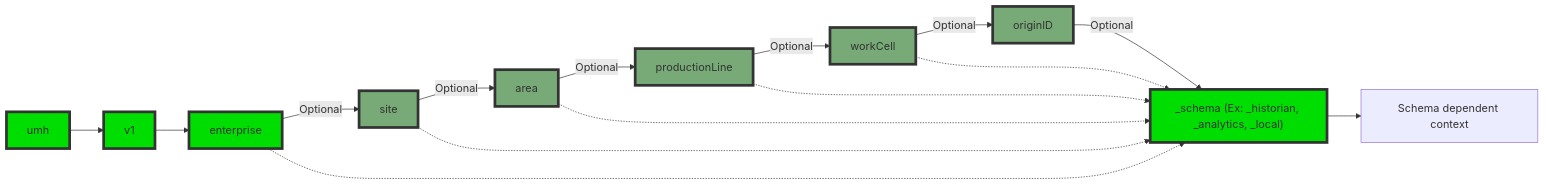
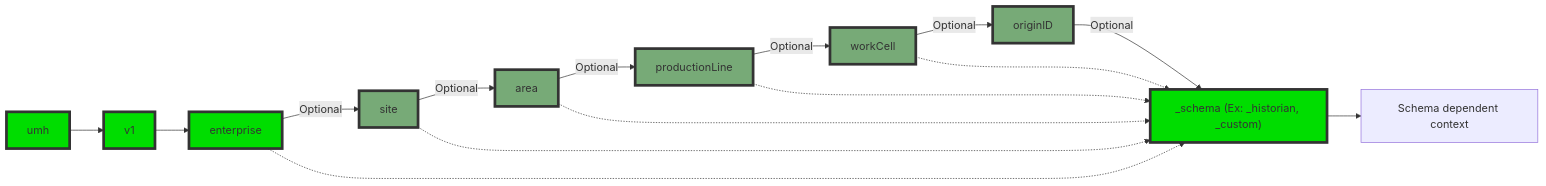
The diagram in umh.docs.umh.app/content/en/docs/datacontracts/_index.md (united-manufacturing-hub/umh.docs.umh.app), drawn with Mermaid before and after one commit. The commit also changed other lines of this file and 1 other file, not shown here.

```diff
--- a/umh.docs.umh.app/content/en/docs/datacontracts/_index.md
+++ b/umh.docs.umh.app/content/en/docs/datacontracts/_index.md
@@ -42,27 +43,27 @@
 {{<mermaid theme="neutral" >}}
 flowchart LR
     umh --> v1
     v1 --> enterprise
     enterprise -->|Optional| site
     site -->|Optional| area
     area -->|Optional| productionLine
     productionLine -->|Optional| workCell
     workCell -->|Optional| originID
-    originID -->|Optional| _schema["_schema (Ex: _historian, _analytics, _local)"]
+    originID -->|Optional| _schema["_schema (Ex: _historian, _custom)"]
     _schema -->_opt["Schema dependent context"]
 
     classDef mqtt fill:#00dd00,stroke:#333,stroke-width:4px;
     class umh,v1,enterprise,_schema mqtt;
     classDef optional fill:#77aa77,stroke:#333,stroke-width:4px;
     class site,area,productionLine,workCell,originID optional;
     
     enterprise -.-> _schema
     site -.-> _schema
     area -.-> _schema
     productionLine -.-> _schema
     workCell -.-> _schema
 
     click _schema href "#_schema"
     click umh href "#versioning-prefix"
     click v1 href "#versioning-prefix"
 {{</ mermaid >}}
```
